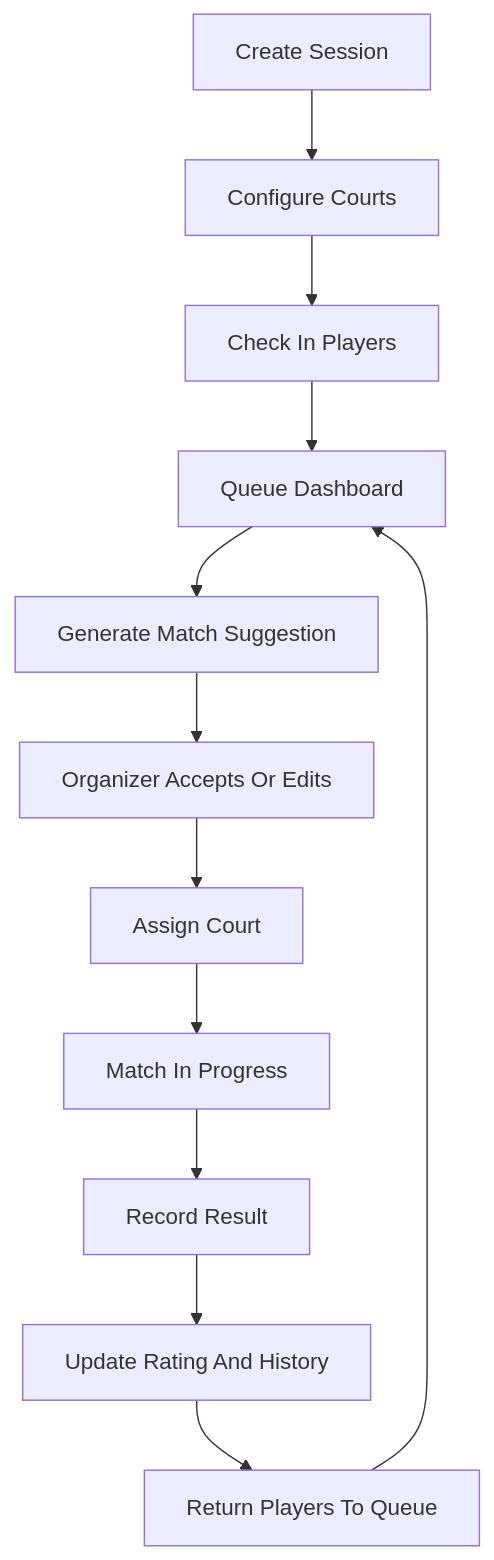
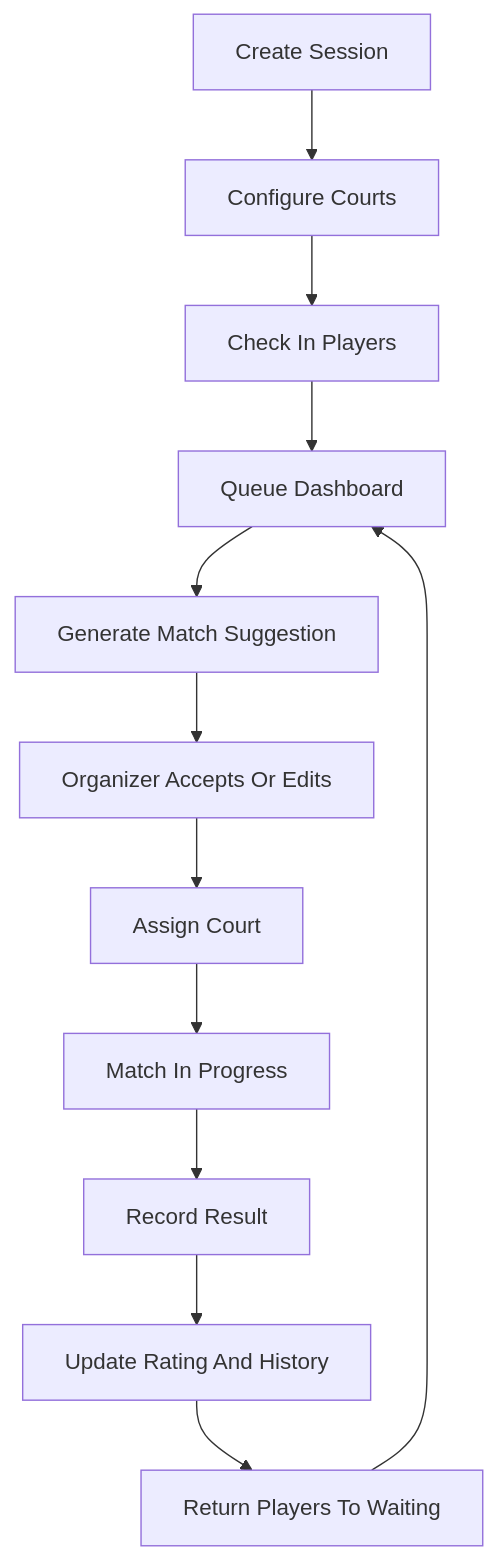
Before and after one commit to jrpespinas/Top-Seed: the second of 3 diagrams in docs/specs/architecture.md, drawn with Mermaid. The commit also changed other lines of this file and 53 other files, not shown here.

````diff
--- a/docs/specs/architecture.md
+++ b/docs/specs/architecture.md
@@ -55,14 +61,14 @@
 ```mermaid
 flowchart TD
     CreateSession[Create Session] --> ConfigureCourts[Configure Courts]
     ConfigureCourts --> CheckInPlayers[Check In Players]
     CheckInPlayers --> QueueDashboard[Queue Dashboard]
     QueueDashboard --> GenerateSuggestion[Generate Match Suggestion]
     GenerateSuggestion --> OrganizerDecision[Organizer Accepts Or Edits]
     OrganizerDecision --> AssignCourt[Assign Court]
     AssignCourt --> MatchInProgress[Match In Progress]
     MatchInProgress --> RecordResult[Record Result]
     RecordResult --> UpdatePaymentAndRating[Update Rating And History]
-    UpdatePaymentAndRating --> ReturnToQueue[Return Players To Queue]
-    ReturnToQueue --> QueueDashboard
+    UpdatePaymentAndRating --> ReturnToWaiting[Return Players To Waiting]
+    ReturnToWaiting --> QueueDashboard
 ```
````
